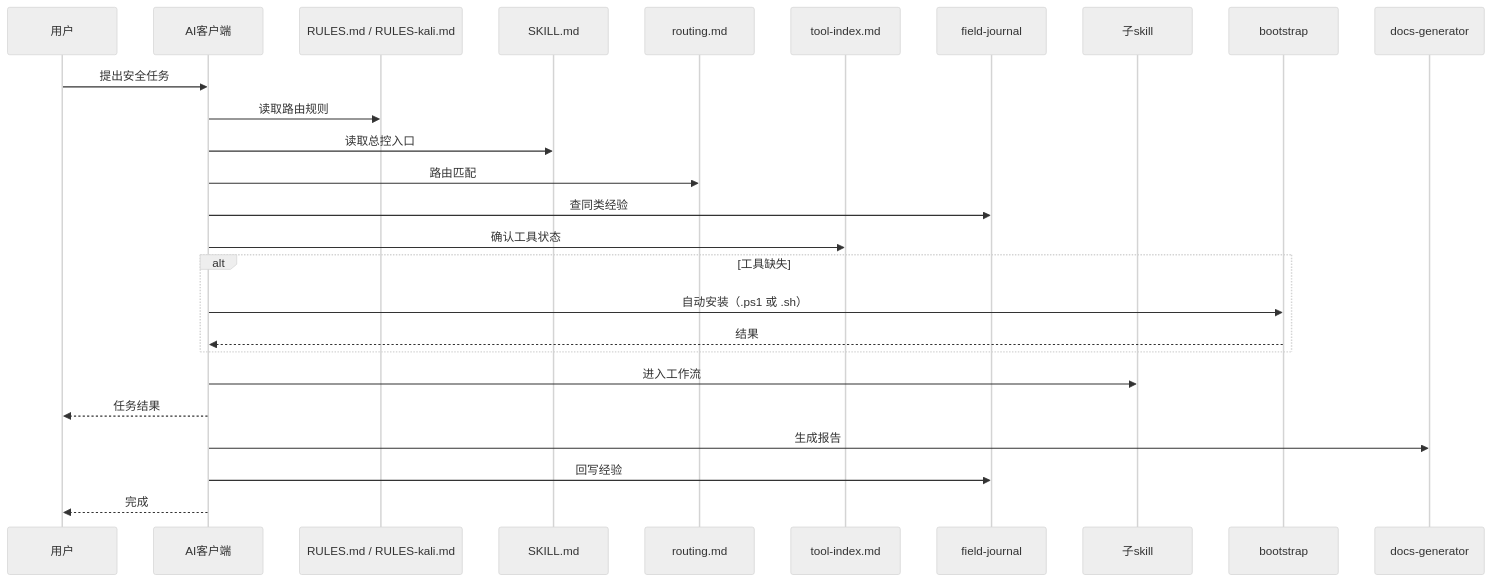
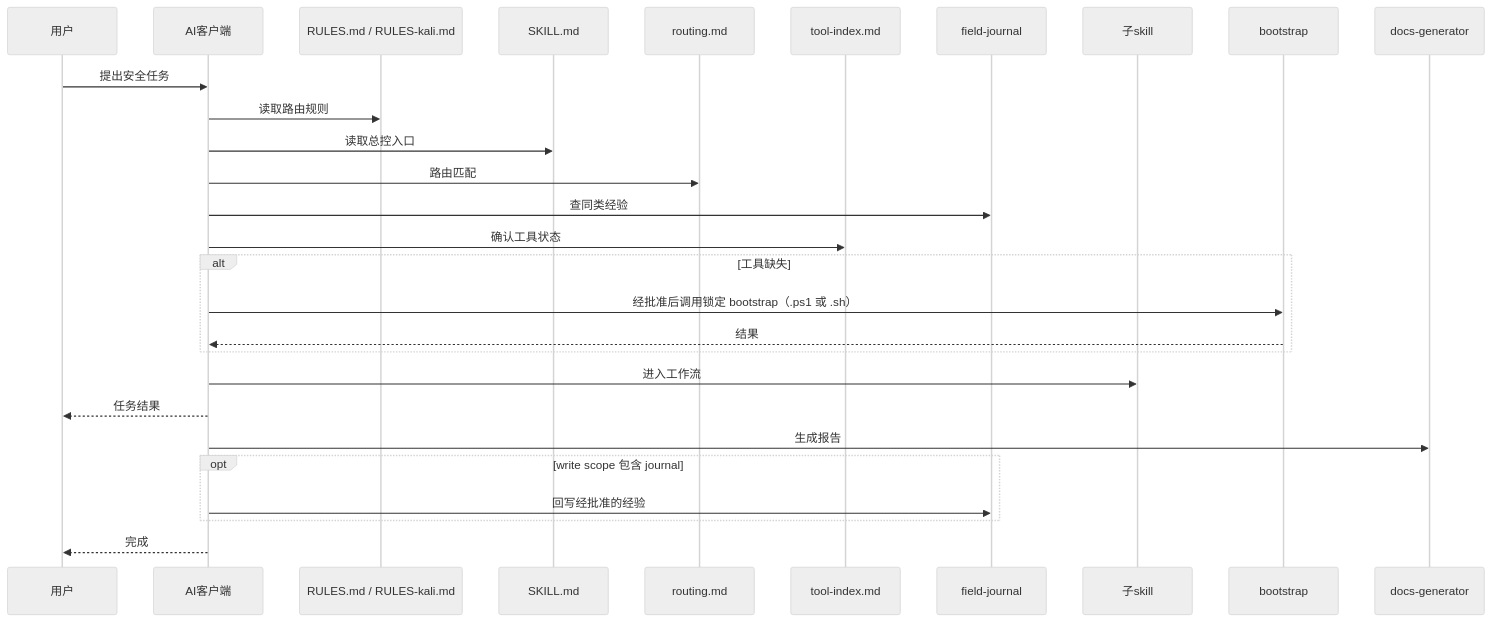
Before and after one commit to junweiwu0224/codex-workflow-kit: the seventh of 7 diagrams in reverse-skill/ARCHITECTURE.md, drawn with Mermaid (neutral theme). The commit also changed other lines of this file and 180 other files, not shown here.

````diff
--- a/reverse-skill/ARCHITECTURE.md
+++ b/reverse-skill/ARCHITECTURE.md
@@ -220,29 +222,31 @@
 ```mermaid
 sequenceDiagram
     participant U as 用户
     participant AI as AI客户端
     participant R as RULES.md / RULES-kali.md
     participant SK as SKILL.md
     participant RT as routing.md
     participant TI as tool-index.md
     participant FJ as field-journal
     participant SUB as 子skill
     participant BS as bootstrap
     participant DOC as docs-generator
 
     U->>AI: 提出安全任务
     AI->>R: 读取路由规则
     AI->>SK: 读取总控入口
     AI->>RT: 路由匹配
     AI->>FJ: 查同类经验
     AI->>TI: 确认工具状态
     alt 工具缺失
-        AI->>BS: 自动安装（.ps1 或 .sh）
+        AI->>BS: 经批准后调用锁定 bootstrap（.ps1 或 .sh）
         BS-->>AI: 结果
     end
     AI->>SUB: 进入工作流
     AI-->>U: 任务结果
     AI->>DOC: 生成报告
-    AI->>FJ: 回写经验
+    opt write scope 包含 journal
+        AI->>FJ: 回写经批准的经验
+    end
     AI-->>U: 完成
 ```
````
